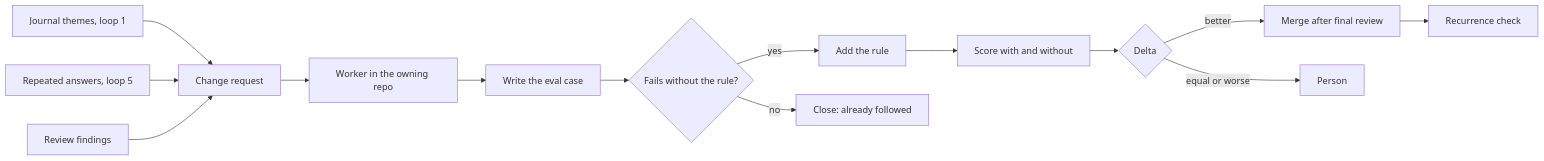
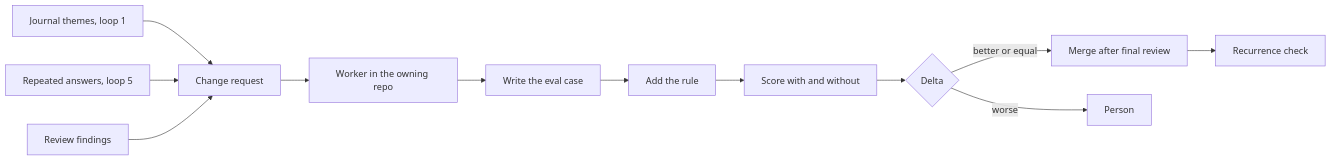
One commit to jonathanong/supervisor changed the diagram in docs/skill-feedback.md. Above: the diagram before and after it, drawn with Mermaid. The commit also changed other lines of this file and 1 other file, not shown here.

First line of the commit message:
docs: keep equal-score rules as guards; agents create milestones, not projects

````diff
--- a/docs/skill-feedback.md
+++ b/docs/skill-feedback.md
@@ -7,16 +7,14 @@
 ```mermaid
 flowchart LR
   J[Journal themes, loop 1] --> CR[Change request]
   E[Repeated answers, loop 5] --> CR
   R[Review findings] --> CR
   CR --> W[Worker in the owning repo]
   W --> C[Write the eval case]
-  C --> F{Fails without the rule?}
-  F -->|yes| RU[Add the rule]
-  F -->|no| X[Close: already followed]
+  C --> RU[Add the rule]
   RU --> S[Score with and without]
   S --> P{Delta}
-  P -->|better| M[Merge after final review]
-  P -->|equal or worse| H[Person]
+  P -->|better or equal| M[Merge after final review]
+  P -->|worse| H[Person]
   M --> K[Recurrence check]
 ```
````
